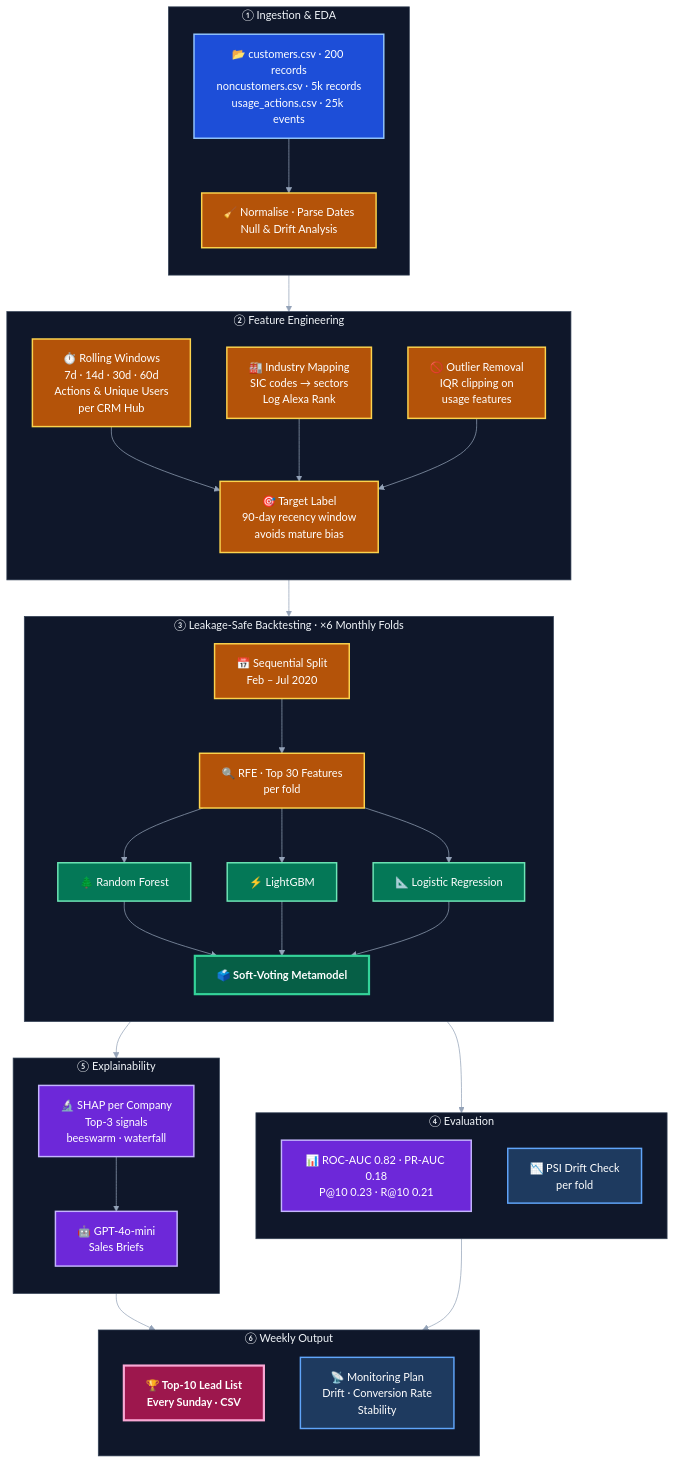
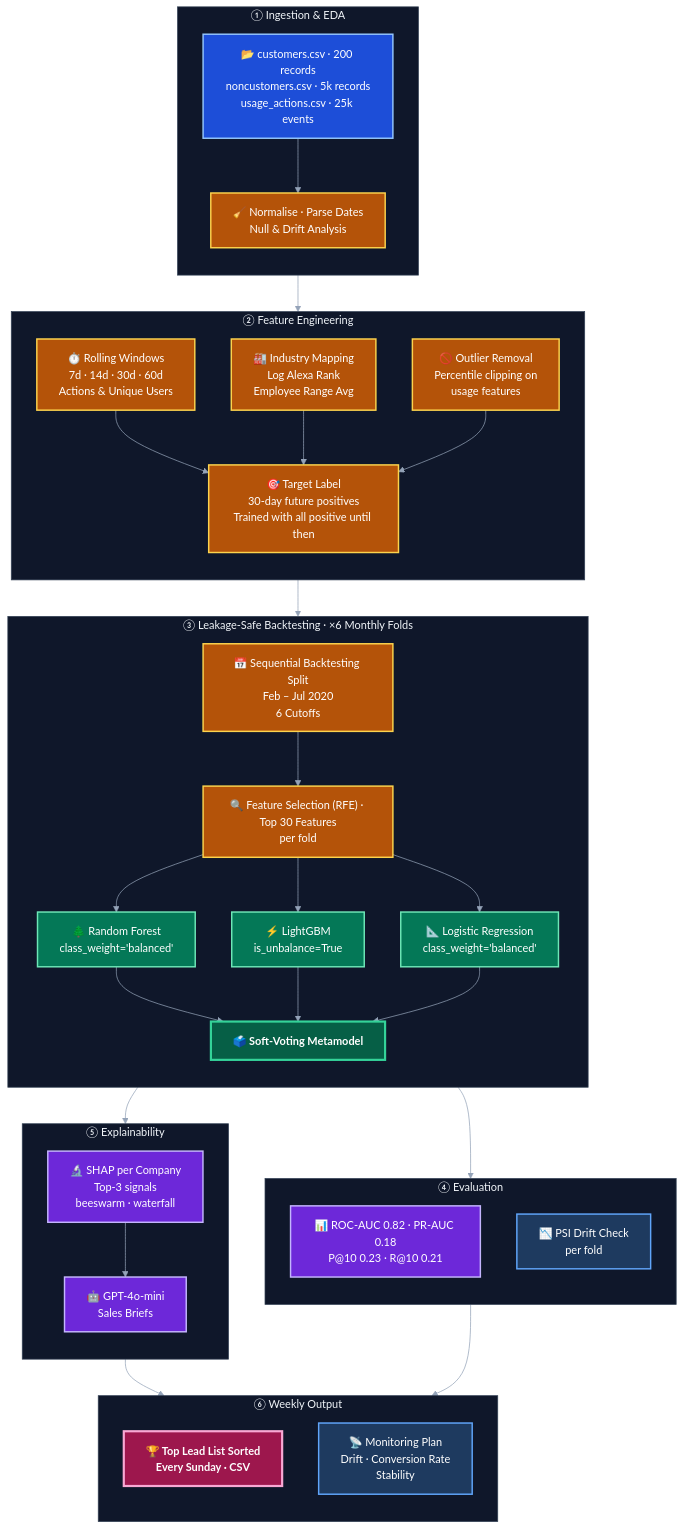
The diagram in README.md (jordisc97/Conversion-Prediction-Model), drawn with Mermaid before and after one commit.

Commit message:
Update README.md with mermaid

````diff
--- a/README.md
+++ b/README.md
@@ -9,68 +9,68 @@
 ```mermaid
 %%{init: {'theme': 'base', 'themeVariables': {'edgeLabelBackground': 'transparent', 'clusterBkg': '#0f172a', 'clusterBorder': '#334155', 'titleColor': '#f1f5f9', 'lineColor': '#94a3b8', 'fontSize': '15px'}}}%%
 flowchart TB
     classDef data     fill:#1d4ed8,stroke:#93c5fd,stroke-width:2px,color:#fff
     classDef process  fill:#b45309,stroke:#fcd34d,stroke-width:2px,color:#fff
     classDef model    fill:#047857,stroke:#6ee7b7,stroke-width:2px,color:#fff
     classDef ensemble fill:#065f46,stroke:#34d399,stroke-width:3px,color:#fff,font-weight:bold
     classDef output   fill:#6d28d9,stroke:#c4b5fd,stroke-width:2px,color:#fff
     classDef report   fill:#9d174d,stroke:#f9a8d4,stroke-width:3px,color:#fff,font-weight:bold
     classDef monitor  fill:#1e3a5f,stroke:#60a5fa,stroke-width:2px,color:#fff
 
     %% ── 1. DATA ─────────────────────────────────
     subgraph ING ["① Ingestion & EDA"]
         direction TB
         A1["📂 customers.csv · 200 records<br/>noncustomers.csv · 5k records<br/>usage_actions.csv · 25k events"]:::data
         A2["🧹 Normalise · Parse Dates<br/>Null & Drift Analysis"]:::process
         A1 --> A2
     end
 
     %% ── 2. FEATURES ─────────────────────────────
     subgraph FE ["② Feature Engineering"]
         direction TB
-        F1["⏱️ Rolling Windows<br/>7d · 14d · 30d · 60d<br/>Actions & Unique Users<br/>per CRM Hub"]:::process
-        F2["🏭 Industry Mapping<br/>SIC codes → sectors<br/>Log Alexa Rank"]:::process
-        F3["🚫 Outlier Removal<br/>IQR clipping on<br/>usage features"]:::process
-        F4["🎯 Target Label<br/>90-day recency window<br/>avoids mature bias"]:::process
+        F1["⏱️ Rolling Windows<br/>7d · 14d · 30d · 60d<br/>Actions & Unique Users"]:::process
+        F2["🏭 Industry Mapping<br/>Log Alexa Rank<br/>Employee Range Avg"]:::process
+        F3["🚫 Outlier Removal<br/>Percentile clipping on<br/>usage features"]:::process
+        F4["🎯 Target Label<br/>30-day future positives<br/>Trained with all positive until then"]:::process
         F1 & F2 & F3 --> F4
     end
 
     %% ── 3. MODELLING ────────────────────────────
     subgraph BT ["③ Leakage-Safe Backtesting · ×6 Monthly Folds"]
         direction TB
-        B1["📅 Sequential Split<br/>Feb – Jul 2020"]:::process
-        B2["🔍 RFE · Top 30 Features<br/>per fold"]:::process
-        B3["🌲 Random Forest"]:::model
-        B4["⚡ LightGBM"]:::model
-        B5["📐 Logistic Regression"]:::model
+        B1["📅 Sequential Backtesting Split<br/>Feb – Jul 2020<br/>6 Cutoffs"]:::process
+        B2["🔍 Feature Selection (RFE) · Top 30 Features<br/>per fold"]:::process
+        B3["🌲 Random Forest<br/>class_weight='balanced'"]:::model
+        B4["⚡ LightGBM<br/>is_unbalance=True"]:::model
+        B5["📐 Logistic Regression<br/>class_weight='balanced'"]:::model
         B6["🗳️ Soft-Voting Metamodel"]:::ensemble
         B1 --> B2 --> B3 & B4 & B5 --> B6
     end
 
     %% ── 4. EVALUATION ───────────────────────────
     subgraph EV ["④ Evaluation"]
         direction TB
         C1["📊 ROC-AUC 0.82 · PR-AUC 0.18<br/>P@10 0.23 · R@10 0.21"]:::output
         C2["📉 PSI Drift Check<br/>per fold"]:::monitor
     end
 
     %% ── 5. EXPLAINABILITY ───────────────────────
     subgraph XP ["⑤ Explainability"]
         direction TB
         D1["🔬 SHAP per Company<br/>Top-3 signals<br/>beeswarm · waterfall"]:::output
         D2["🤖 GPT-4o-mini<br/>Sales Briefs"]:::output
         D1 --> D2
     end
 
     %% ── 6. OUTPUT ───────────────────────────────
     subgraph SO ["⑥ Weekly Output"]
         direction TB
-        E1["🏆 Top-10 Lead List<br/>Every Sunday · CSV"]:::report
+        E1["🏆 Top Lead List Sorted<br/>Every Sunday · CSV"]:::report
         E2["📡 Monitoring Plan<br/>Drift · Conversion Rate<br/>Stability"]:::monitor
     end
 
     %% ── MAIN FLOW ───────────────────────────────
     ING --> FE --> BT --> EV & XP
     XP --> SO
     EV --> SO
 ```
````
